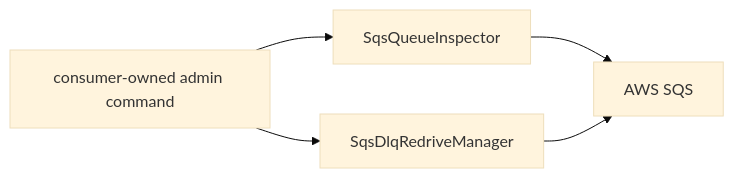
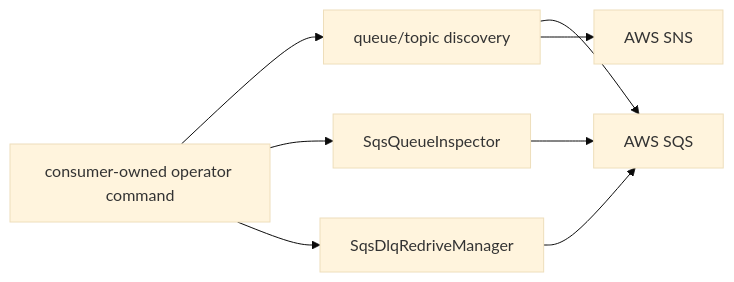
One commit to idenstra/messaging-runtime changed the third of 3 diagrams in docs/USAGE.md. Above: the diagram before and after it, drawn with Mermaid (base theme). The commit also changed other lines of this file and 14 other files, not shown here.

````diff
--- a/docs/USAGE.md
+++ b/docs/USAGE.md
@@ -108,12 +91,17 @@
 ```mermaid
 flowchart LR
-  Operator["consumer-owned admin command"]
+  Operator["consumer-owned operator command"]
+  Discovery["queue/topic discovery"]
   Inspector["SqsQueueInspector"]
   Redrive["SqsDlqRedriveManager"]
-  Broker["AWS SQS"]
+  SQS["AWS SQS"]
+  SNS["AWS SNS"]
 
+  Operator --> Discovery
   Operator --> Inspector
   Operator --> Redrive
-  Inspector --> Broker
-  Redrive --> Broker
+  Discovery --> SQS
+  Discovery --> SNS
+  Inspector --> SQS
+  Redrive --> SQS
 ```
````
